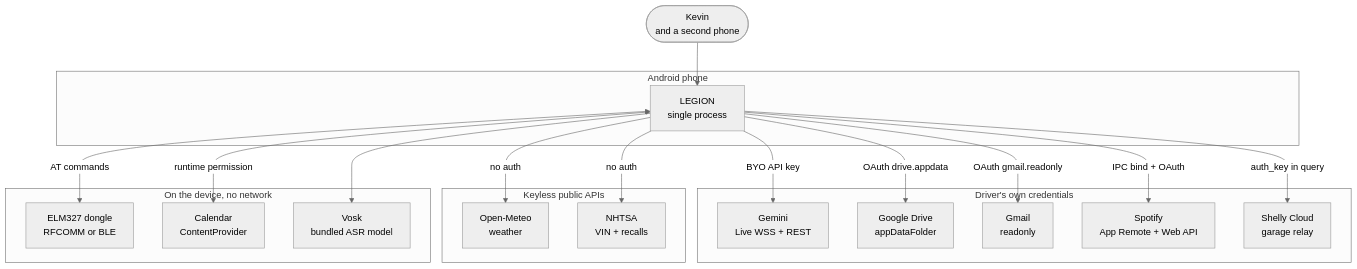
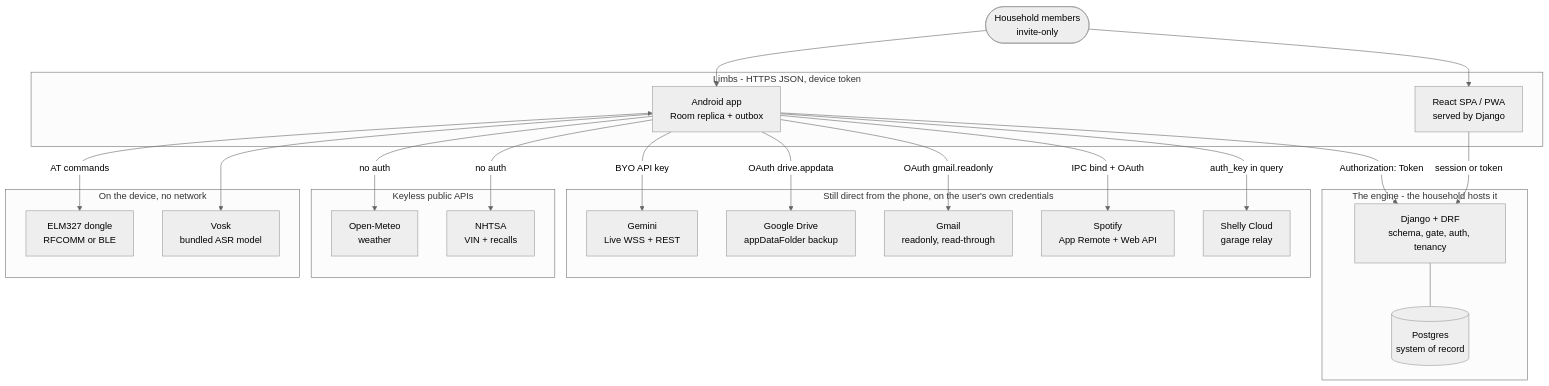
Before and after one commit to kevinmyo-code/legion: the diagram in docs/architecture/c1-context.md, drawn with Mermaid (neutral theme). The commit also changed other lines of this file and 8 other files, not shown here.

````diff
--- a/docs/architecture/c1-context.md
+++ b/docs/architecture/c1-context.md
@@ -14,39 +22,47 @@
 ```mermaid
 graph TB
-    Kevin(["Kevin<br/>and a second phone"])
+    Kevin(["Household members<br/>invite-only"])
 
-    subgraph Phone["Android phone"]
-        LEGION["LEGION<br/>single process"]
+    subgraph Engine["The engine - the household hosts it"]
+        Django["Django + DRF<br/>schema, gate, auth, tenancy"]
+        PG[("Postgres<br/>system of record")]
+        Django --- PG
     end
 
-    subgraph BYO["Driver's own credentials"]
+    subgraph Limbs["Limbs - HTTPS JSON, device token"]
+        Android["Android app<br/>Room replica + outbox"]
+        Web["React SPA / PWA<br/>served by Django"]
+    end
+
+    subgraph BYO["Still direct from the phone, on the user's own credentials"]
         Gemini["Gemini<br/>Live WSS + REST"]
-        Drive["Google Drive<br/>appDataFolder"]
-        Gmail["Gmail<br/>readonly"]
+        Drive["Google Drive<br/>appDataFolder backup"]
+        Gmail["Gmail<br/>readonly, read-through"]
         Spotify["Spotify<br/>App Remote + Web API"]
         Shelly["Shelly Cloud<br/>garage relay"]
     end
 
     subgraph Keyless["Keyless public APIs"]
         Meteo["Open-Meteo<br/>weather"]
         NHTSA["NHTSA<br/>VIN + recalls"]
     end
 
     subgraph Local["On the device, no network"]
         OBD["ELM327 dongle<br/>RFCOMM or BLE"]
-        Cal["Calendar<br/>ContentProvider"]
         Vosk["Vosk<br/>bundled ASR model"]
     end
 
-    Kevin --> LEGION
-    LEGION -->|"BYO API key"| Gemini
-    LEGION -->|"OAuth drive.appdata"| Drive
-    LEGION -->|"OAuth gmail.readonly"| Gmail
-    LEGION -->|"IPC bind + OAuth"| Spotify
-    LEGION -->|"auth_key in query"| Shelly
-    LEGION -->|"no auth"| Meteo
-    LEGION -->|"no auth"| NHTSA
-    LEGION <-->|"AT commands"| OBD
-    LEGION <-->|"runtime permission"| Cal
-    LEGION --> Vosk
+    Kevin --> Android
+    Kevin --> Web
+    Android -->|"Authorization: Token"| Django
+    Web -->|"session or token"| Django
+    Android -->|"BYO API key"| Gemini
+    Android -->|"OAuth drive.appdata"| Drive
+    Android -->|"OAuth gmail.readonly"| Gmail
+    Android -->|"IPC bind + OAuth"| Spotify
+    Android -->|"auth_key in query"| Shelly
+    Android -->|"no auth"| Meteo
+    Android -->|"no auth"| NHTSA
+    Android <-->|"AT commands"| OBD
+    Android --> Vosk
 ```
````
